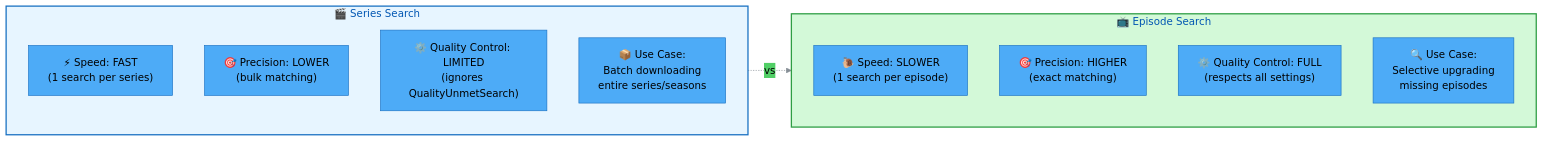
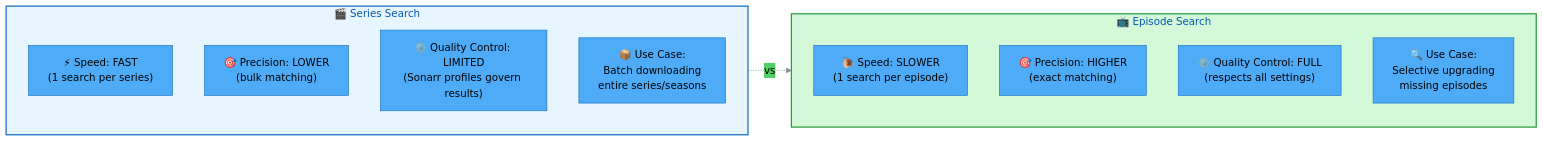
Before and after one commit to Feramance/Torrentarr: the third of 4 diagrams in docs/features/automated-search.md, drawn with Mermaid. The commit also changed other lines of this file and 22 other files, not shown here.

Commit message:
feat: add configuration-aware Sonarr search modes

````diff
--- a/docs/features/automated-search.md
+++ b/docs/features/automated-search.md
@@ -512,24 +519,24 @@
 ```mermaid
 %%{init: {'theme':'base', 'themeVariables': { 'primaryColor':'#4dabf7','primaryTextColor':'#000','primaryBorderColor':'#1971c2','lineColor':'#868e96','secondaryColor':'#51cf66','tertiaryColor':'#ffa94d'}}}%%
 graph LR
     subgraph Series["🎬 Series Search"]
         direction TB
         S1["⚡ Speed: FAST<br/>(1 search per series)"]
         S2["🎯 Precision: LOWER<br/>(bulk matching)"]
-        S3["⚙️ Quality Control: LIMITED<br/>(ignores QualityUnmetSearch)"]
+        S3["⚙️ Quality Control: LIMITED<br/>(Sonarr profiles govern results)"]
         S4["📦 Use Case:<br/>Batch downloading<br/>entire series/seasons"]
     end
 
     subgraph Episode["📺 Episode Search"]
         direction TB
         E1["🐌 Speed: SLOWER<br/>(1 search per episode)"]
         E2["🎯 Precision: HIGHER<br/>(exact matching)"]
         E3["⚙️ Quality Control: FULL<br/>(respects all settings)"]
         E4["🔍 Use Case:<br/>Selective upgrading<br/>missing episodes"]
     end
 
     Series -.->|vs| Episode
 
     style Series fill:#e7f5ff,stroke:#1971c2,stroke-width:2px
     style Episode fill:#d3f9d8,stroke:#2f9e44,stroke-width:2px
 ```
````
